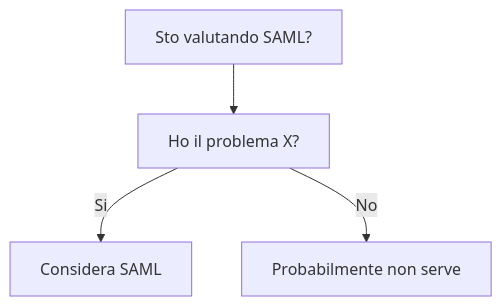
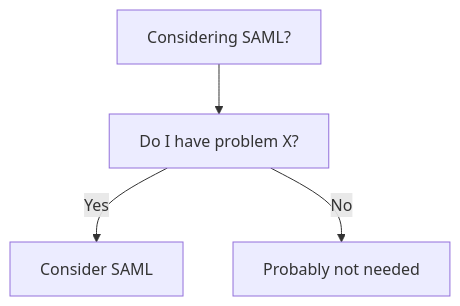
The diagram in dev-wiki/08_Security/SAML/When_To_Use.md (HxT9/Software-Dev-Wiki), drawn with Mermaid before and after one commit. The commit also changed other lines of this file and 3444 other files, not shown here.

````diff
--- a/dev-wiki/08_Security/SAML/When_To_Use.md
+++ b/dev-wiki/08_Security/SAML/When_To_Use.md
@@ -19,6 +19,6 @@
 ```mermaid
 flowchart TD
-  Q[Sto valutando SAML?] --> Q1[Ho il problema X?]
-  Q1 -->|Si| OK[Considera SAML]
-  Q1 -->|No| NO[Probabilmente non serve]
+  Q[Considering SAML?] --> Q1[Do I have problem X?]
+  Q1 -->|Yes| OK[Consider SAML]
+  Q1 -->|No| NO[Probably not needed]
 ```
````
